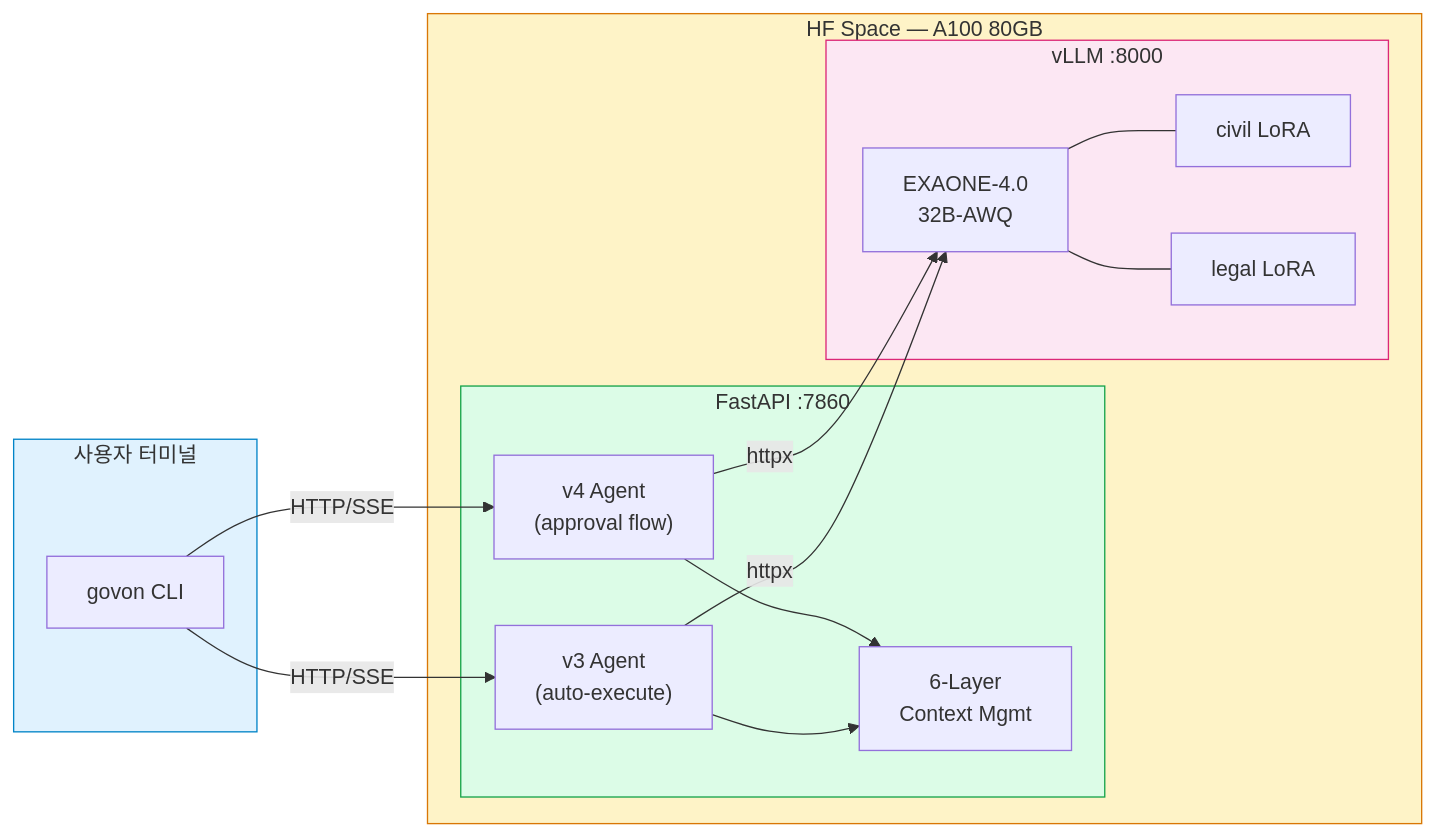
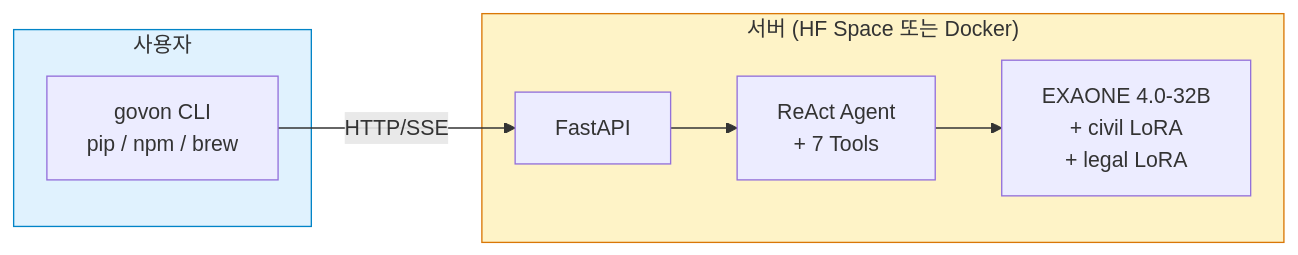
The diagram in README.md (ondevice-ai-civil/ondevice-ai-civil-complaint), drawn with Mermaid before and after one commit. The commit also changed other lines of this file, not shown here.

````diff
--- a/README.md
+++ b/README.md
@@ -77,33 +187,17 @@
 ```mermaid
 graph LR
-    subgraph Client ["사용자 터미널"]
-        CLI["govon CLI"]
+    subgraph Client ["사용자"]
+        CLI["govon CLI<br/>pip / npm / brew"]
     end
 
-    subgraph HFSpace ["HF Space — A100 80GB"]
-        subgraph FastAPI ["FastAPI :7860"]
-            V4["v4 Agent\n(approval flow)"]
-            V3["v3 Agent\n(auto-execute)"]
-            CTX["6-Layer\nContext Mgmt"]
-        end
-        subgraph VLLM ["vLLM :8000"]
-            BASE["EXAONE-4.0\n32B-AWQ"]
-            LORA1["civil LoRA"]
-            LORA2["legal LoRA"]
-        end
+    subgraph Server ["서버 (HF Space 또는 Docker)"]
+        API["FastAPI"]
+        AGENT["ReAct Agent<br/>+ 7 Tools"]
+        LLM["EXAONE 4.0-32B<br/>+ civil LoRA<br/>+ legal LoRA"]
     end
 
-    CLI -- "HTTP/SSE" --> V4
-    CLI -- "HTTP/SSE" --> V3
-    V4 --> CTX
-    V3 --> CTX
-    V4 -- "httpx" --> BASE
-    V3 -- "httpx" --> BASE
-    BASE --- LORA1
-    BASE --- LORA2
+    CLI -- "HTTP/SSE" --> API --> AGENT --> LLM
 
     style Client fill:#e0f2fe,stroke:#0284c7
-    style HFSpace fill:#fef3c7,stroke:#d97706
-    style FastAPI fill:#dcfce7,stroke:#16a34a
-    style VLLM fill:#fce7f3,stroke:#db2777
+    style Server fill:#fef3c7,stroke:#d97706
 ```
````
